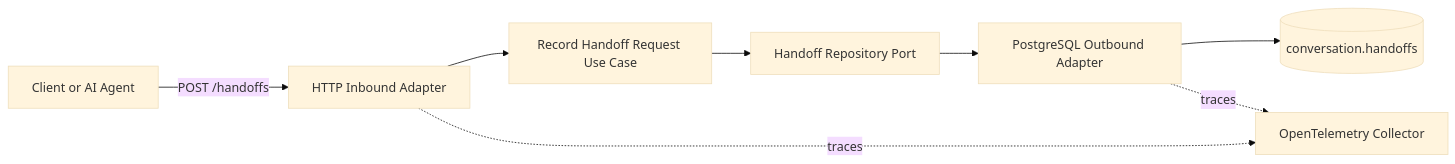
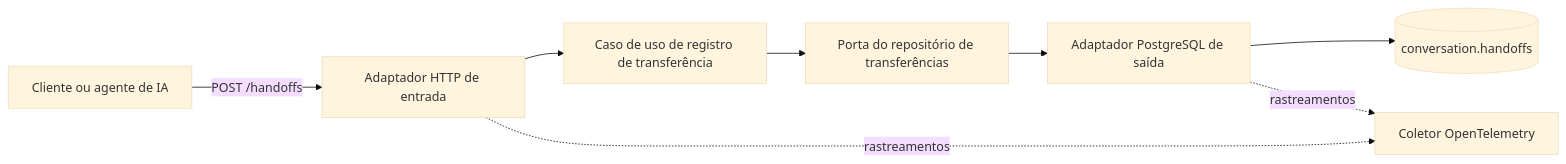
One commit to leandrosflora/conversation-handoff-service changed the first of 2 diagrams in README.md. Above: the diagram before and after it, drawn with Mermaid (base theme). The commit also changed other lines of this file, not shown here.

````diff
--- a/README.md
+++ b/README.md
@@ -21,11 +21,11 @@
 ```mermaid
 flowchart LR
-    Client[Client or AI Agent] -->|POST /handoffs| HTTP[HTTP Inbound Adapter]
-    HTTP --> UC[Record Handoff Request Use Case]
-    UC --> PORT[Handoff Repository Port]
-    PORT --> PG[PostgreSQL Outbound Adapter]
+    Client[Cliente ou agente de IA] -->|POST /handoffs| HTTP[Adaptador HTTP de entrada]
+    HTTP --> UC[Caso de uso de registro de transferência]
+    UC --> PORT[Porta do repositório de transferências]
+    PORT --> PG[Adaptador PostgreSQL de saída]
     PG --> DB[(conversation.handoffs)]
 
-    HTTP -. traces .-> OTEL[OpenTelemetry Collector]
-    PG -. traces .-> OTEL
+    HTTP -. rastreamentos .-> OTEL[Coletor OpenTelemetry]
+    PG -. rastreamentos .-> OTEL
 ```
````
